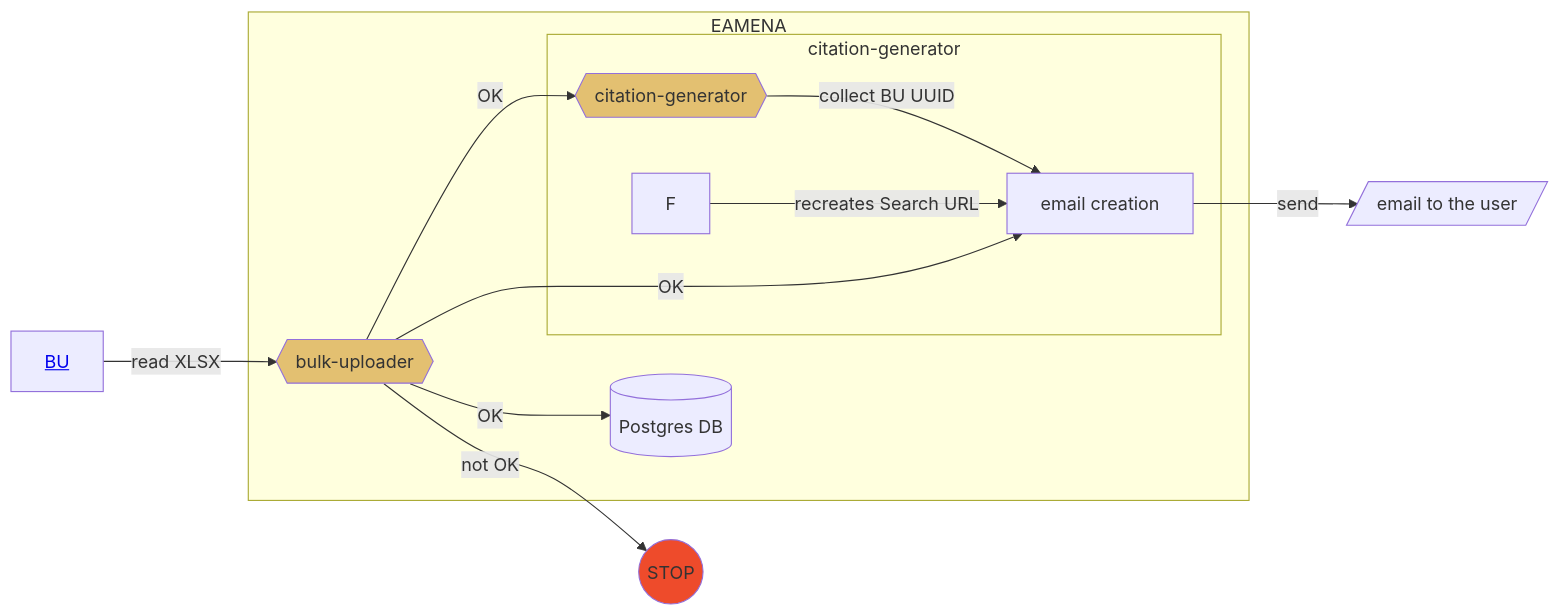
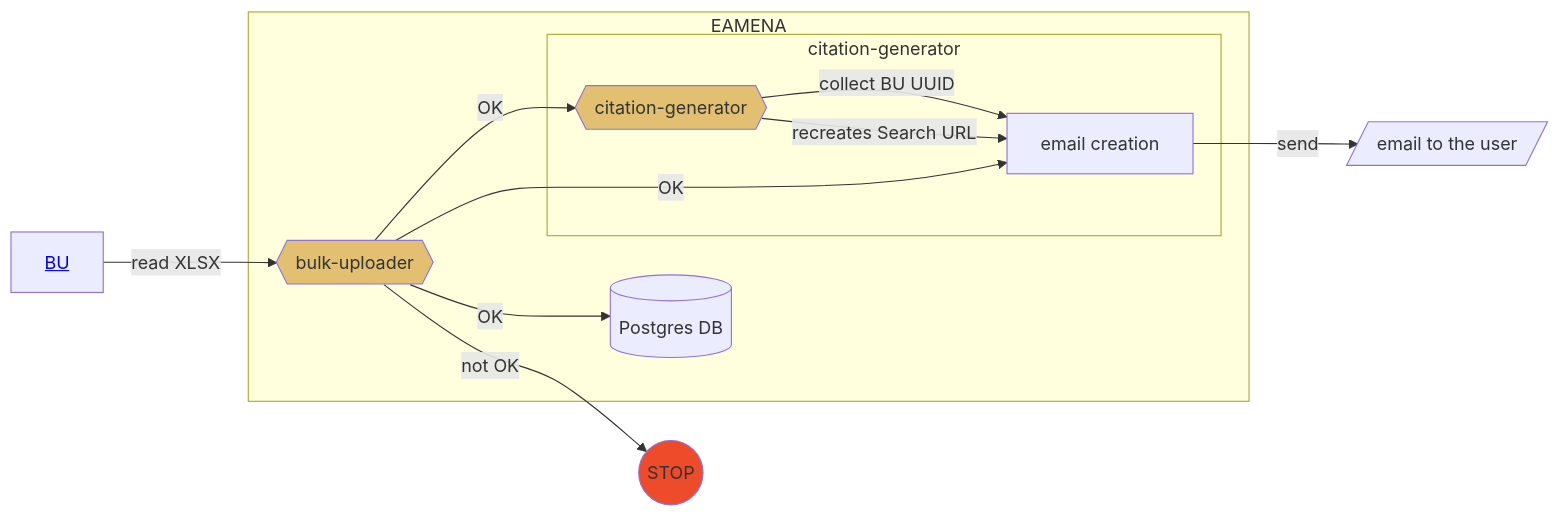
Before and after one commit to eamena-project/eamena-arches-dev: the first of 2 diagrams in data/bibref/README.md, drawn with Mermaid.

Commit message:
citation README

````diff
--- a/data/bibref/README.md
+++ b/data/bibref/README.md
@@ -9,17 +9,17 @@
 ```mermaid
 flowchart LR
 	A[<a href='https://github.com/eamena-project/eamena-arches-dev/blob/main/dbs/database.eamena/docs/notes/Arches%207%20Upgrade.md#splitchunk'>BU</a>] --read XLSX--> B{{bulk-uploader}}:::eamenaFunc;
 	subgraph EAMENA
 	B -- OK --> C[(Postgres DB)];
 	B -- OK --> E{{citation-generator}}:::eamenaFunc;
 		subgraph citation-generator
 		E -- collect BU UUID --> H;
-		F -- recreates Search URL --> H;
+		E -- recreates Search URL --> H;
 		end
 	end
 	B -- OK --> H[email creation]
 	H -- send --> I[/email to the user/];
 	B -- not OK --> D((STOP)):::stop;
 	classDef eamenaFunc fill:#e3c071;
 	classDef stop fill:#EE4B2B;
 ```
````
